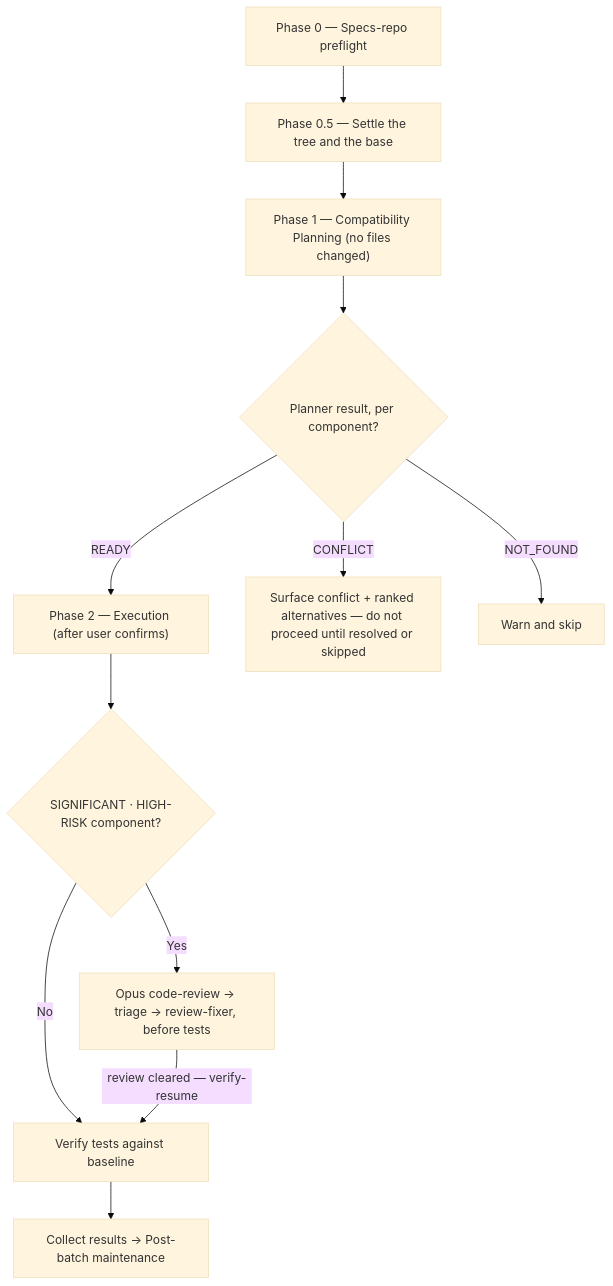
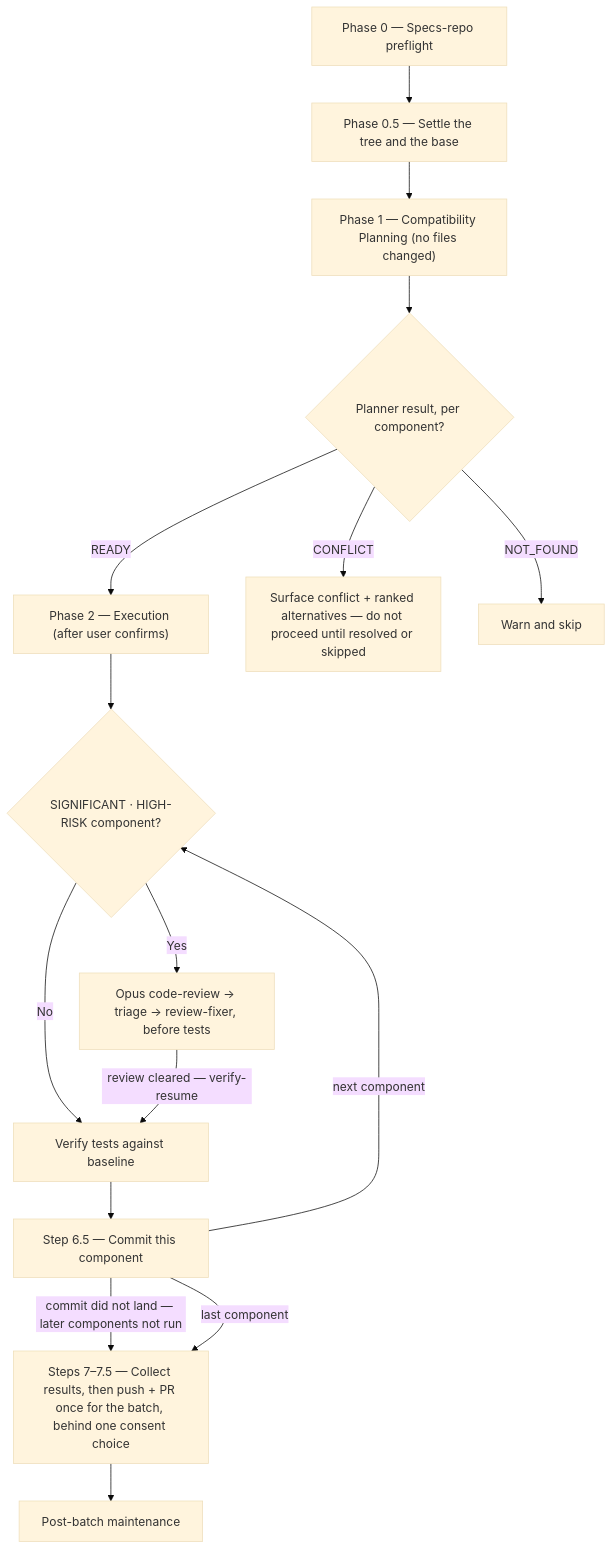
Before and after one commit to ihudak/ai-workflows: the diagram in plugins/dev-workflows/docs/commands/upgrade.md, drawn with Mermaid (base theme). The commit also changed other lines of this file and 20 other files, not shown here.

````diff
--- a/plugins/dev-workflows/docs/commands/upgrade.md
+++ b/plugins/dev-workflows/docs/commands/upgrade.md
@@ -23,14 +23,18 @@
 ```mermaid
 flowchart TD
     p0["Phase 0 — Specs-repo preflight"] --> p05["Phase 0.5 — Settle the tree and the base"]
     p05 --> p1["Phase 1 — Compatibility Planning (no files changed)"]
     p1 --> d1{"Planner result, per component?"}
     d1 -->|"READY"| p2["Phase 2 — Execution (after user confirms)"]
     d1 -->|"CONFLICT"| stop1["Surface conflict + ranked alternatives — do not proceed until resolved or skipped"]
     d1 -->|"NOT_FOUND"| skip1["Warn and skip"]
     p2 --> d2{"SIGNIFICANT · HIGH-RISK component?"}
     d2 -->|"Yes"| rv["Opus code-review → triage → review-fixer, before tests"]
     d2 -->|"No"| tv["Verify tests against baseline"]
     rv -->|"review cleared — verify-resume"| tv
-    tv --> done["Collect results → Post-batch maintenance"]
+    tv --> c65["Step 6.5 — Commit this component"]
+    c65 -->|"next component"| d2
+    c65 -->|"commit did not land — later components not run"| p75["Steps 7–7.5 — Collect results, then push + PR once for the batch, behind one consent choice"]
+    c65 -->|"last component"| p75
+    p75 --> done["Post-batch maintenance"]
 ```
````
